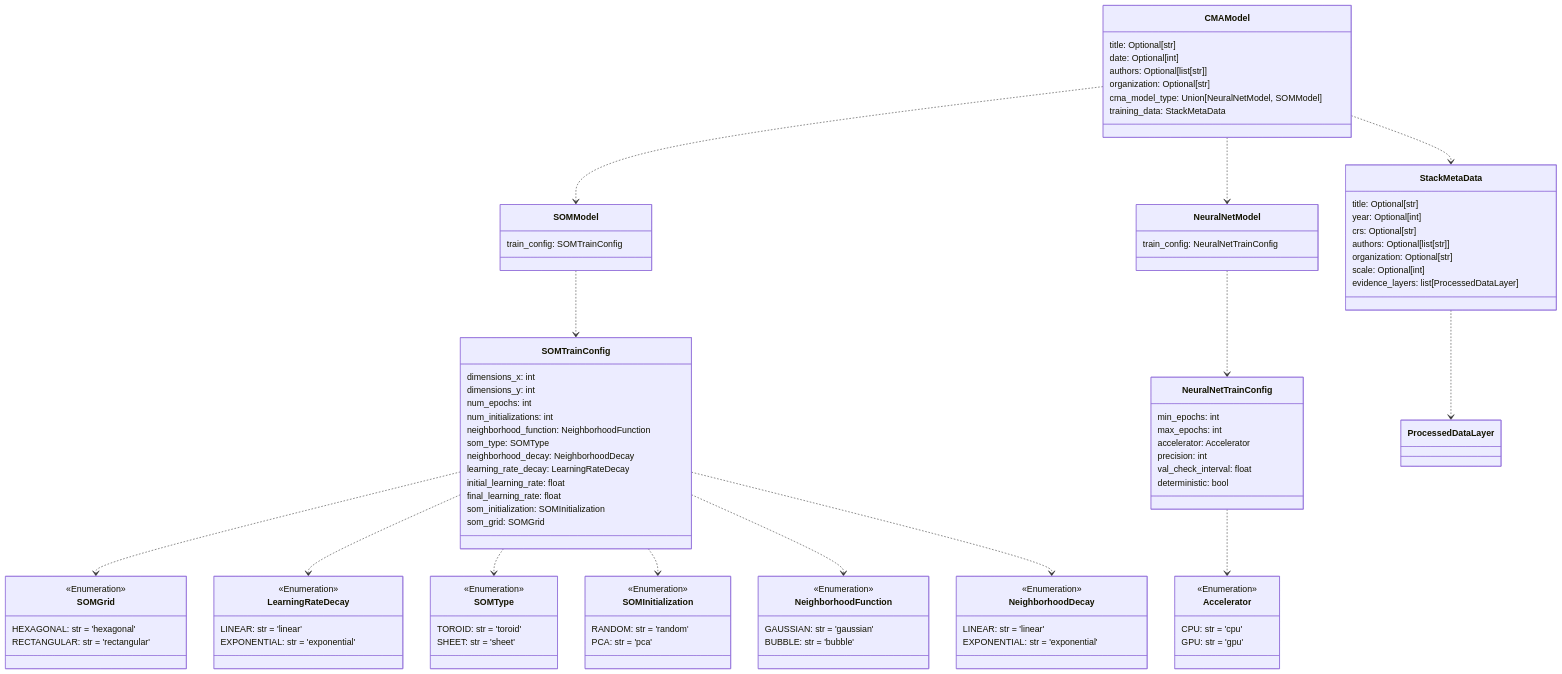
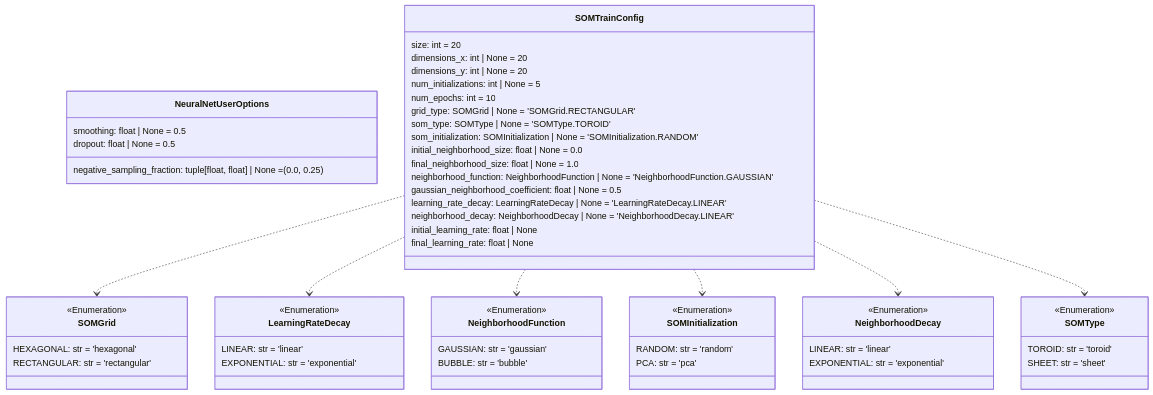
Before and after one commit to DARPA-CRITICALMAAS/cdr_schemas: diagram 14 of 14 in README.md, drawn with Mermaid. The commit also changed other lines of this file and 4 other files, not shown here.

````diff
--- a/README.md
+++ b/README.md
@@ -1064,22 +1206,56 @@
 ```mermaid
 classDiagram
 
+    class NeuralNetUserOptions {
+        smoothing: float | None = 0.5
+        dropout: float | None = 0.5
+        negative_sampling_fraction: tuple[float, float] | None = (0.0, 0.25)
+    }
+
+    class SOMInitialization {
+        <<Enumeration>>
+        RANDOM: str = 'random'
+        PCA: str = 'pca'
+    }
+
+    class SOMGrid {
+        <<Enumeration>>
+        HEXAGONAL: str = 'hexagonal'
+        RECTANGULAR: str = 'rectangular'
+    }
+
     class SOMTrainConfig {
-        dimensions_x: int
-        dimensions_y: int
-        num_epochs: int
-        num_initializations: int
-        neighborhood_function: NeighborhoodFunction
-        som_type: SOMType
-        neighborhood_decay: NeighborhoodDecay
-        learning_rate_decay: LearningRateDecay
-        initial_learning_rate: float
-        final_learning_rate: float
-        som_initialization: SOMInitialization
-        som_grid: SOMGrid
+        size: int = 20
+        dimensions_x: int | None = 20
+        dimensions_y: int | None = 20
+        num_initializations: int | None = 5
+        num_epochs: int = 10
+        grid_type: SOMGrid | None = 'SOMGrid.RECTANGULAR'
+        som_type: SOMType | None = 'SOMType.TOROID'
+        som_initialization: SOMInitialization | None = 'SOMInitialization.RANDOM'
+        initial_neighborhood_size: float | None = 0.0
+        final_neighborhood_size: float | None = 1.0
+        neighborhood_function: NeighborhoodFunction | None = 'NeighborhoodFunction.GAUSSIAN'
+        gaussian_neighborhood_coefficient: float | None = 0.5
+        learning_rate_decay: LearningRateDecay | None = 'LearningRateDecay.LINEAR'
+        neighborhood_decay: NeighborhoodDecay | None = 'NeighborhoodDecay.LINEAR'
+        initial_learning_rate: float | None
+        final_learning_rate: float | None
     }
 
     class LearningRateDecay {
+        <<Enumeration>>
+        LINEAR: str = 'linear'
+        EXPONENTIAL: str = 'exponential'
+    }
+
+    class NeighborhoodFunction {
+        <<Enumeration>>
+        GAUSSIAN: str = 'gaussian'
+        BUBBLE: str = 'bubble'
+    }
+
+    class NeighborhoodDecay {
         <<Enumeration>>
         LINEAR: str = 'linear'
         EXPONENTIAL: str = 'exponential'
@@ -1091,85 +1267,12 @@
         SHEET: str = 'sheet'
     }
 
-    class SOMInitialization {
-        <<Enumeration>>
-        RANDOM: str = 'random'
-        PCA: str = 'pca'
-    }
-
-    class CMAModel {
-        title: Optional[str]
-        date: Optional[int]
-        authors: Optional[list[str]]
-        organization: Optional[str]
-        cma_model_type: Union[NeuralNetModel, SOMModel]
-        training_data: StackMetaData
-    }
-
-    class NeighborhoodDecay {
-        <<Enumeration>>
-        LINEAR: str = 'linear'
-        EXPONENTIAL: str = 'exponential'
-    }
-
-    class SOMModel {
-        train_config: SOMTrainConfig
-    }
-
-    class Accelerator {
-        <<Enumeration>>
-        CPU: str = 'cpu'
-        GPU: str = 'gpu'
-    }
-
-    class SOMGrid {
-        <<Enumeration>>
-        HEXAGONAL: str = 'hexagonal'
-        RECTANGULAR: str = 'rectangular'
-    }
-
-    class StackMetaData {
-        title: Optional[str]
-        year: Optional[int]
-        crs: Optional[str]
-        authors: Optional[list[str]]
-        organization: Optional[str]
-        scale: Optional[int]
-        evidence_layers: list[ProcessedDataLayer]
-    }
-
-    class NeuralNetModel {
-        train_config: NeuralNetTrainConfig
-    }
-
-    class NeighborhoodFunction {
-        <<Enumeration>>
-        GAUSSIAN: str = 'gaussian'
-        BUBBLE: str = 'bubble'
-    }
-
-    class NeuralNetTrainConfig {
-        min_epochs: int
-        max_epochs: int
-        accelerator: Accelerator
-        precision: int
-        val_check_interval: float
-        deterministic: bool
-    }
-
-    StackMetaData ..> ProcessedDataLayer
-    NeuralNetTrainConfig ..> Accelerator
     SOMTrainConfig ..> SOMGrid
     SOMTrainConfig ..> LearningRateDecay
+    SOMTrainConfig ..> NeighborhoodFunction
+    SOMTrainConfig ..> SOMInitialization
+    SOMTrainConfig ..> NeighborhoodDecay
     SOMTrainConfig ..> SOMType
-    SOMTrainConfig ..> SOMInitialization
-    SOMTrainConfig ..> NeighborhoodFunction
-    SOMTrainConfig ..> NeighborhoodDecay
-    NeuralNetModel ..> NeuralNetTrainConfig
-    SOMModel ..> SOMTrainConfig
-    CMAModel ..> SOMModel
-    CMAModel ..> NeuralNetModel
-    CMAModel ..> StackMetaData
 
 
 ```
````
